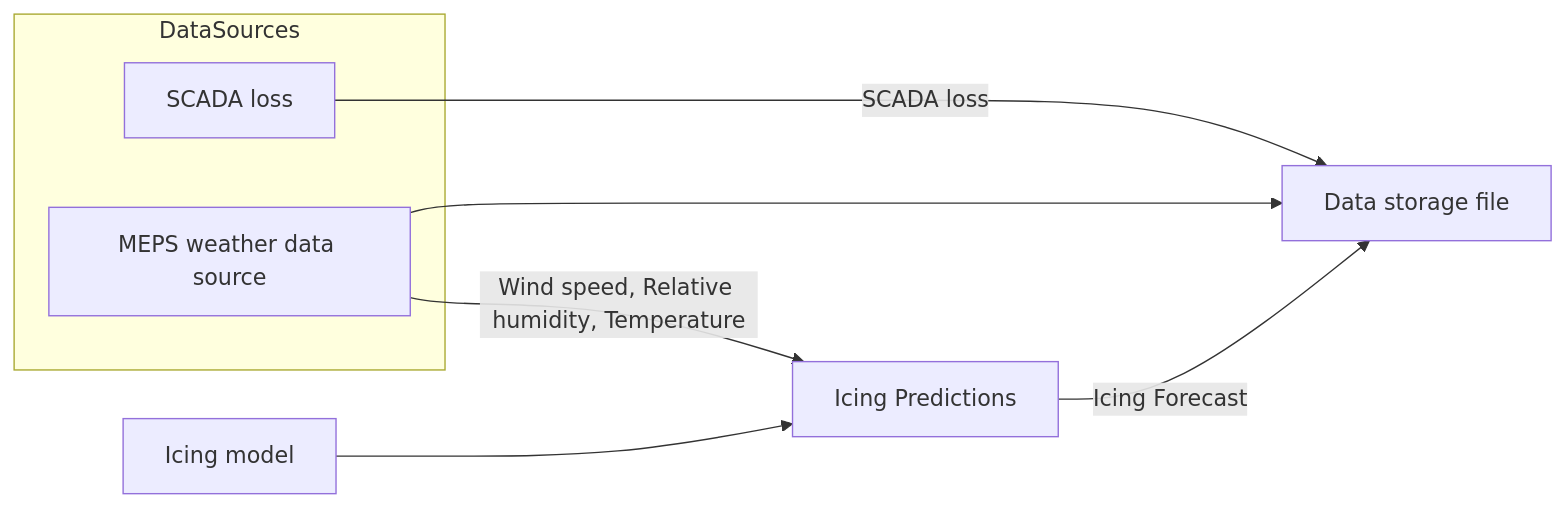
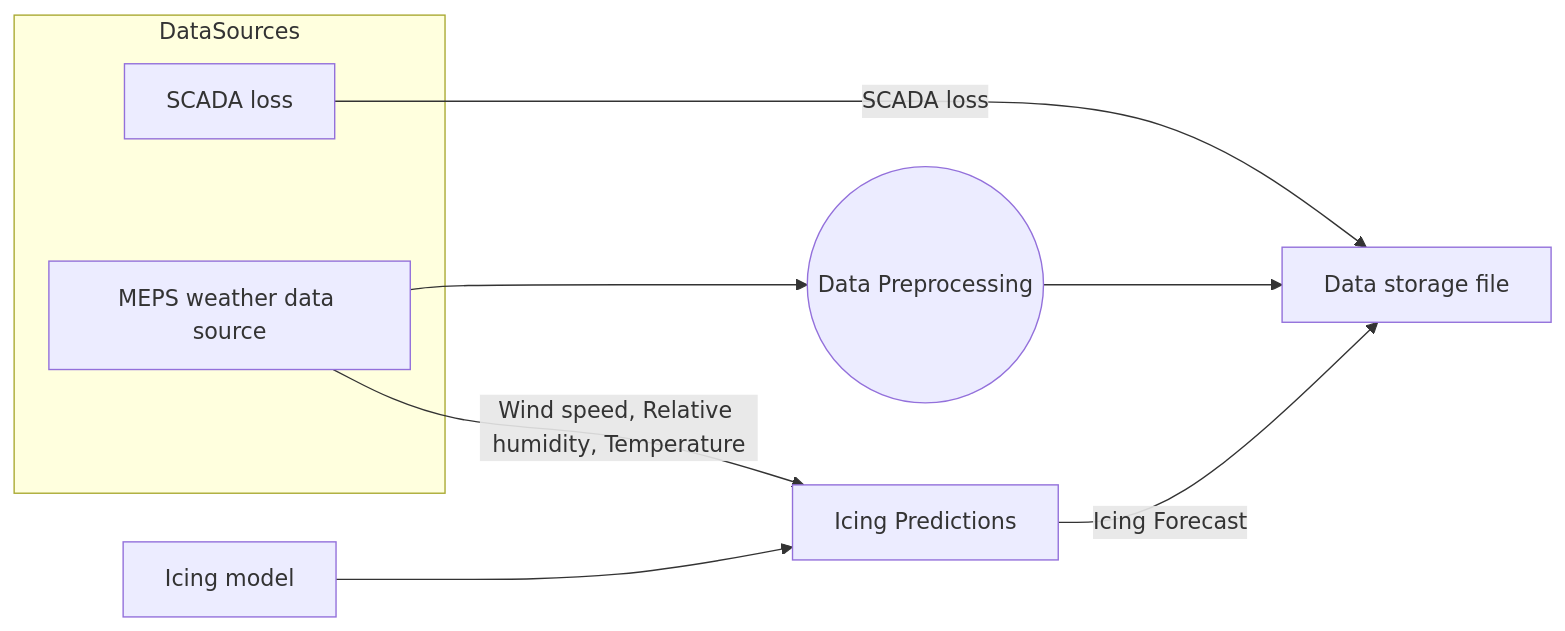
The diagram in README.md (markusrupp/icing_flowshart), drawn with Mermaid before and after one commit.

````diff
--- a/README.md
+++ b/README.md
@@ -17,13 +17,14 @@
 ```mermaid
 flowchart LR
     subgraph DataSources
         SCADA[SCADA loss]
         MEPS[MEPS weather data source]
     end
 
     SCADA -->|SCADA loss| DSF[Data storage file]
-    MEPS --> DSF
+    MEPS --> DP((Data Preprocessing))
+    DP --> DSF
     MEPS --> |Wind speed, Relative humidity, Temperature| IP[Icing Predictions]
     IM[Icing model] --> IP
     IP -->|Icing Forecast| DSF
 ```
````
